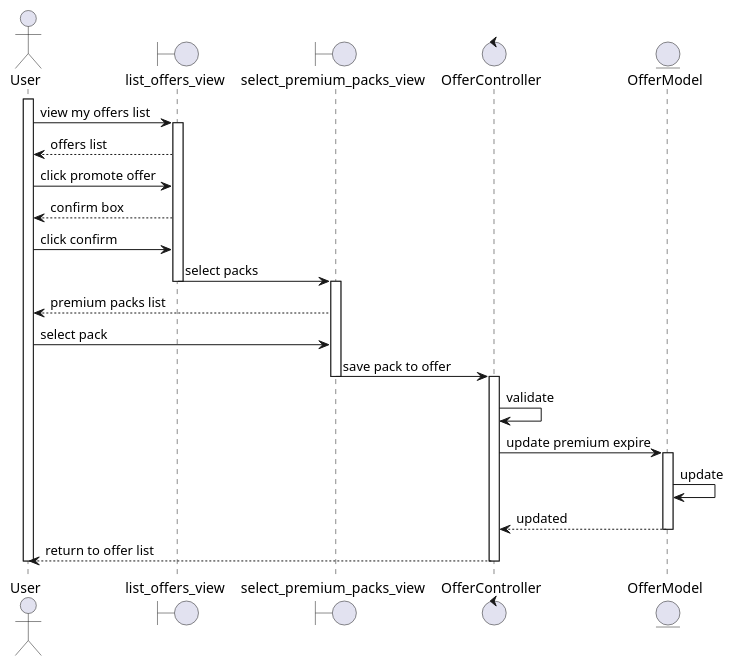
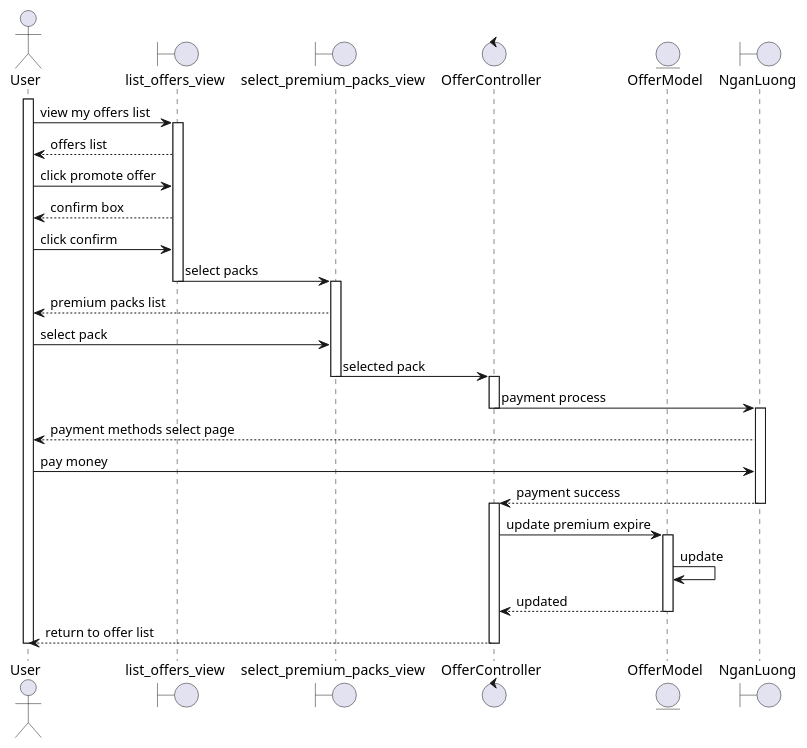
The diagram in documentss/offers/promote.puml (tuanlvse294/CHome), drawn with PlantUML before and after one commit. The commit also changed 6 other files, not shown here.

```diff
--- a/documentss/offers/promote.puml
+++ b/documentss/offers/promote.puml
@@ -1,33 +1,41 @@
 @startuml
 actor User
 boundary list_offers_view
 boundary select_premium_packs_view
 control OfferController
 entity OfferModel
+boundary NganLuong
 
 activate User
 User -> list_offers_view: view my offers list
 activate list_offers_view
 User <-- list_offers_view: offers list
 User -> list_offers_view: click promote offer
 User <-- list_offers_view: confirm box
 User -> list_offers_view: click confirm
 list_offers_view -> select_premium_packs_view: select packs
 deactivate list_offers_view
 activate select_premium_packs_view
 select_premium_packs_view --> User :premium packs list
 User ->select_premium_packs_view :select pack
-select_premium_packs_view->OfferController:save pack to offer
+select_premium_packs_view->OfferController:selected pack
 deactivate select_premium_packs_view
 activate OfferController
-OfferController -> OfferController : validate
+OfferController -> NganLuong:payment process
+deactivate OfferController
+activate NganLuong
+NganLuong -->User:payment methods select page
+User ->NganLuong:pay money
+NganLuong --> OfferController:payment success
+deactivate NganLuong
+activate OfferController
 OfferController -> OfferModel : update premium expire
 activate OfferModel
 OfferModel ->OfferModel:update
 OfferModel --> OfferController : updated
 deactivate OfferModel
 OfferController --> User: return to offer list
 deactivate OfferController
 deactivate User
 
 @enduml
```
